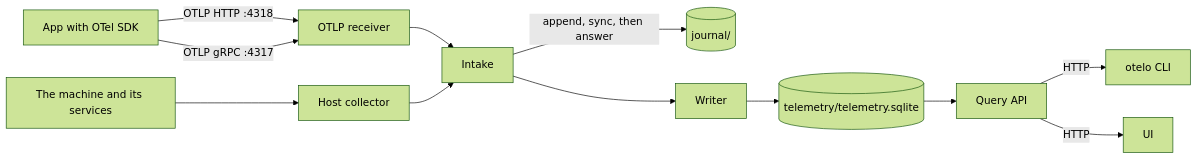
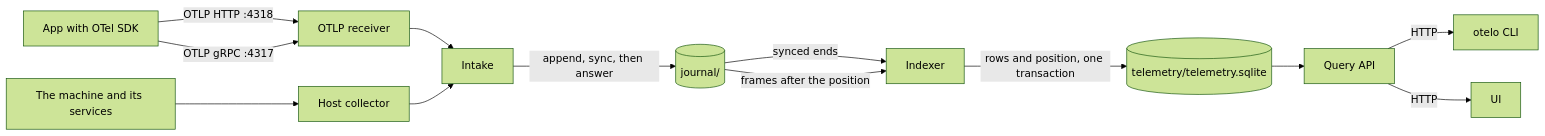
The first of 3 diagrams in docs/telemetry.md (sukovanej/otelo), drawn with Mermaid (forest theme) before and after one commit. The commit also changed other lines of this file, not shown here.

First line of the commit message:
doc telemetry: edit

````diff
--- a/docs/telemetry.md
+++ b/docs/telemetry.md
@@ -9,14 +9,15 @@
 ```mermaid
 flowchart LR
   app[App with OTel SDK] -->|OTLP HTTP :4318| recv[OTLP receiver]
   app -->|OTLP gRPC :4317| recv
   machine[The machine and its services] --> host[Host collector]
   recv --> intake[Intake]
   host --> intake
   intake -->|append, sync, then answer| journal[(journal/)]
-  intake --> writer[Writer]
-  writer --> file[(telemetry/telemetry.sqlite)]
+  journal -->|synced ends| indexer[Indexer]
+  journal -->|frames after the position| indexer
+  indexer -->|rows and position, one transaction| file[(telemetry/telemetry.sqlite)]
   file --> api[Query API]
   api -->|HTTP| cli[otelo CLI]
   api -->|HTTP| ui[UI]
 ```
````
